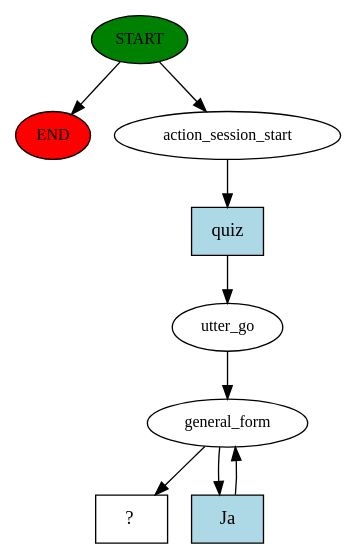
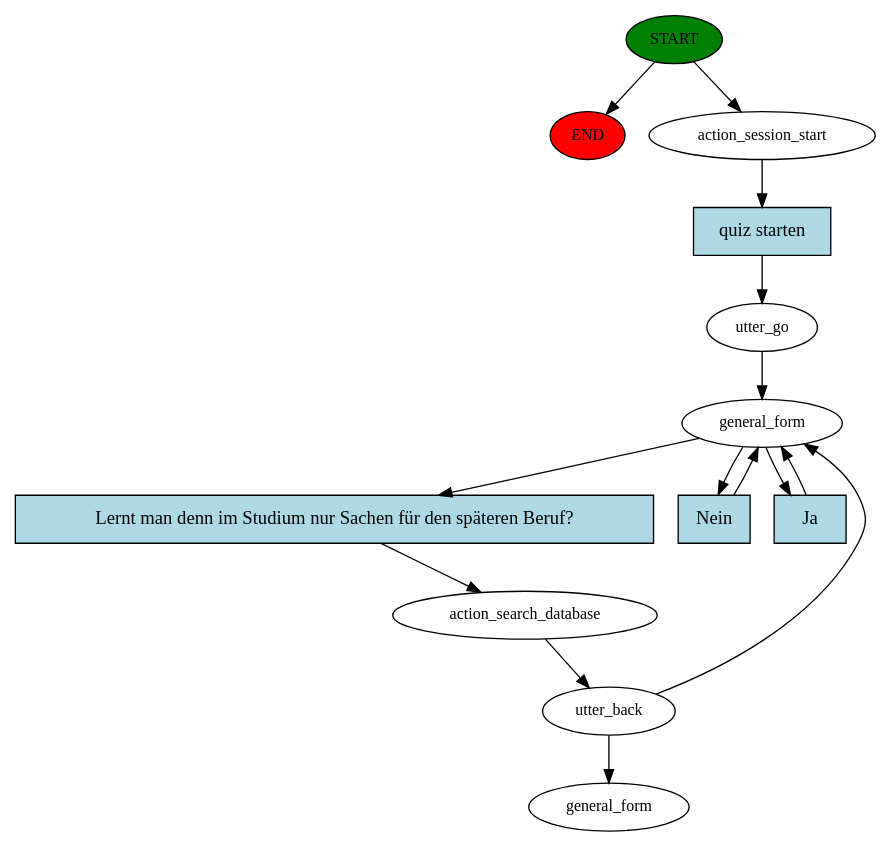
One commit to benitadietrich/chatbot-prototype changed the diagram in rasa-bot/story_graph.dot. Above: the diagram before and after it, drawn with Graphviz. The commit also changed 22 other files, not shown here.

```diff
--- a/rasa-bot/story_graph.dot
+++ b/rasa-bot/story_graph.dot
@@ -1,18 +1,28 @@
 digraph  {
 0 [class="start active", fillcolor=green, fontsize=12, label=START, style=filled];
 "-1" [class=end, fillcolor=red, fontsize=12, label=END, style=filled];
 1 [class=active, fontsize=12, label=action_session_start];
 2 [class=active, fontsize=12, label=utter_go];
 3 [class=active, fontsize=12, label=general_form];
-5 [class="intent dashed active", label="  ?  ", shape=rect];
-6 [class="intent active", fillcolor=lightblue, label=quiz, shape=rect, style=filled];
-7 [class="intent active", fillcolor=lightblue, label=Ja, shape=rect, style=filled];
+4 [class=active, fontsize=12, label=action_search_database];
+5 [class=active, fontsize=12, label=utter_back];
+11 [class="dashed active", fontsize=12, label=general_form];
+12 [class="intent active", fillcolor=lightblue, label="quiz starten", shape=rect, style=filled];
+13 [class="intent active", fillcolor=lightblue, label="Lernt man denn im Studium nur Sachen für den späteren Beruf?", shape=rect, style=filled];
+14 [class="intent active", fillcolor=lightblue, label=Nein, shape=rect, style=filled];
+15 [class="intent active", fillcolor=lightblue, label=Ja, shape=rect, style=filled];
 0 -> "-1"  [class="", key=NONE, label=""];
 0 -> 1  [class=active, key=NONE, label=""];
-1 -> 6  [class=active, key=0];
+1 -> 12  [class=active, key=0];
 2 -> 3  [class=active, key=NONE, label=""];
-3 -> 5  [class=active, key=NONE, label=""];
-3 -> 7  [class=active, key=0];
-6 -> 2  [class=active, key=0];
-7 -> 3  [class=active, key=0];
+3 -> 13  [class=active, key=0];
+3 -> 14  [class=active, key=0];
+3 -> 15  [class=active, key=0];
+4 -> 5  [class=active, key=NONE, label=""];
+5 -> 11  [class=active, key=NONE, label=""];
+5 -> 3  [class=active, key=NONE, label=""];
+12 -> 2  [class=active, key=0];
+13 -> 4  [class=active, key=0];
+14 -> 3  [class=active, key=0];
+15 -> 3  [class=active, key=0];
 }
```
